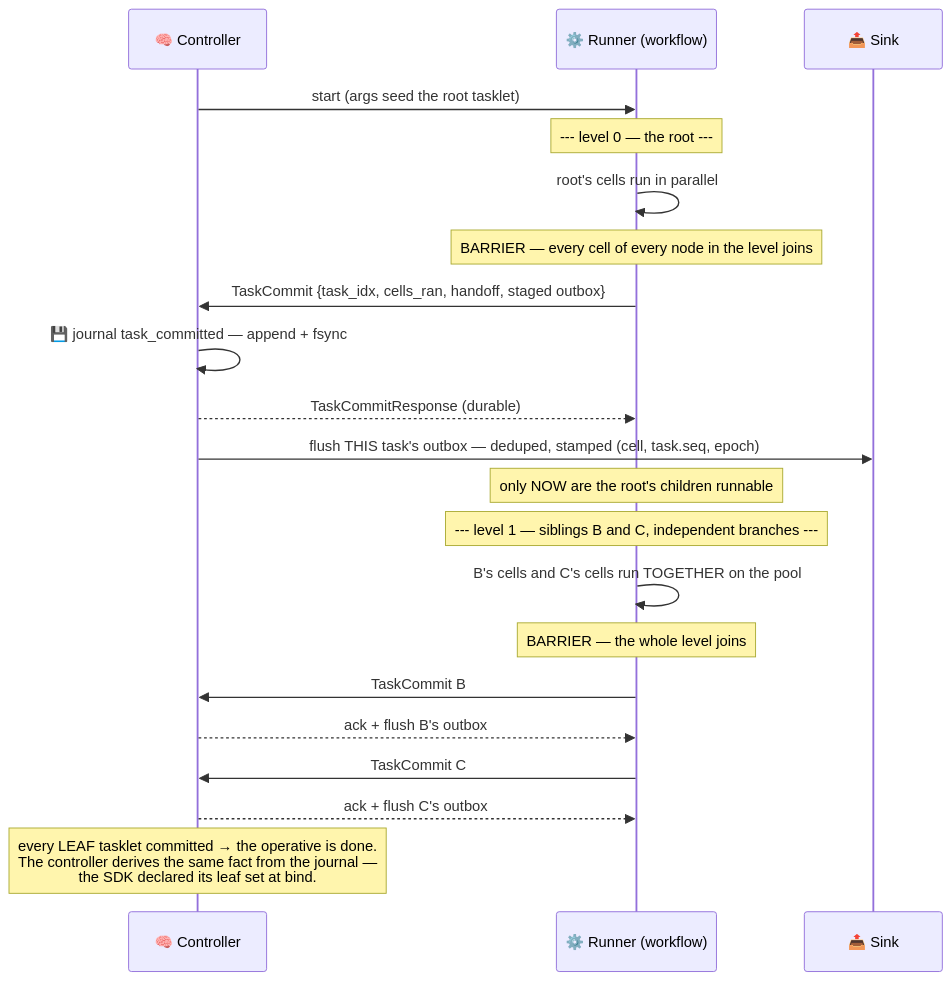
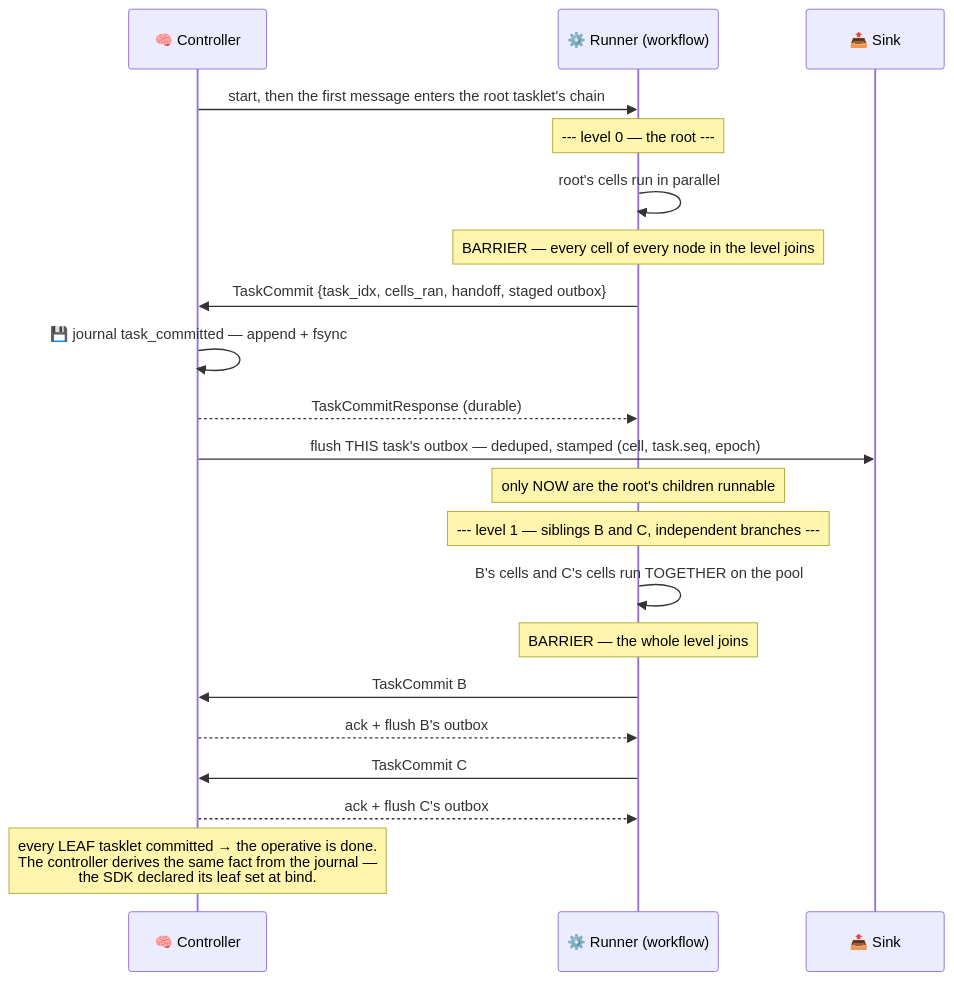
Before and after one commit to Flezha/flezha: the second of 8 diagrams in docs/architecture/workflow_profile.md, drawn with Mermaid. The commit also changed other lines of this file and 98 other files, not shown here.

````diff
--- a/docs/architecture/workflow_profile.md
+++ b/docs/architecture/workflow_profile.md
@@ -104,25 +109,25 @@
 ```mermaid
 sequenceDiagram
     participant CTRL as 🧠 Controller
     participant EX as ⚙️ Runner (workflow)
     participant SINK as 📤 Sink
 
-    CTRL->>EX: start (args seed the root tasklet)
+    CTRL->>EX: start, then the first message enters the root tasklet's chain
     Note over EX: --- level 0 — the root ---
     EX->>EX: root's cells run in parallel
     Note over EX: BARRIER — every cell of every node in the level joins
     EX->>CTRL: TaskCommit {task_idx, cells_ran, handoff, staged outbox}
     CTRL->>CTRL: 💾 journal task_committed — append + fsync
     CTRL-->>EX: TaskCommitResponse (durable)
     CTRL->>SINK: flush THIS task's outbox — deduped, stamped (cell, task.seq, epoch)
     Note over EX: only NOW are the root's children runnable
 
     Note over EX: --- level 1 — siblings B and C, independent branches ---
     EX->>EX: B's cells and C's cells run TOGETHER on the pool
     Note over EX: BARRIER — the whole level joins
     EX->>CTRL: TaskCommit B
     CTRL-->>EX: ack + flush B's outbox
     EX->>CTRL: TaskCommit C
     CTRL-->>EX: ack + flush C's outbox
     Note over CTRL: every LEAF tasklet committed → the operative is done.<br/>The controller derives the same fact from the journal —<br/>the SDK declared its leaf set at bind.
 ```
````
